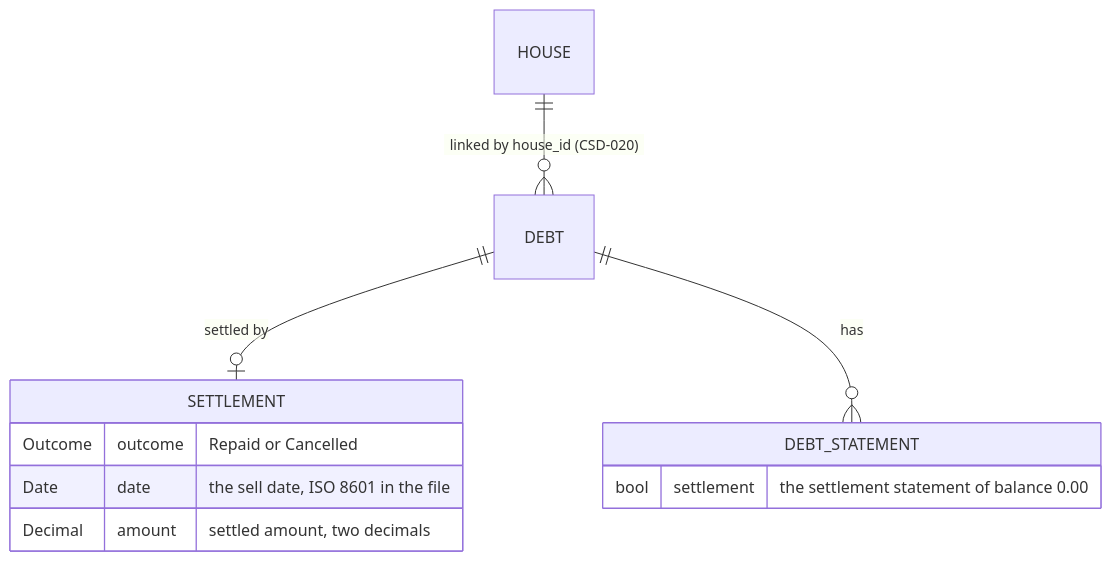
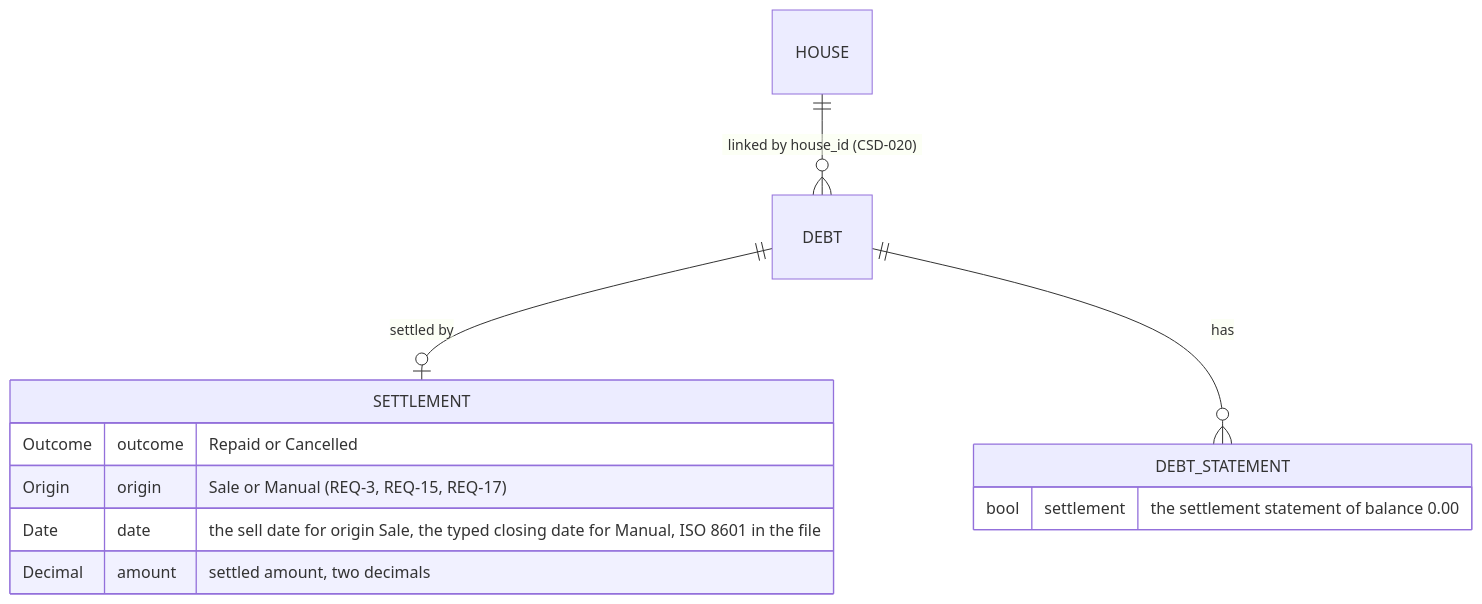
One commit to BardoelT/varde changed the second of 2 diagrams in docs/csd/CSD-026-sale-settlement-of-linked-debts.md. Above: the diagram before and after it, drawn with Mermaid. The commit also changed other lines of this file and 3 other files, not shown here.

````diff
--- a/docs/csd/CSD-026-sale-settlement-of-linked-debts.md
+++ b/docs/csd/CSD-026-sale-settlement-of-linked-debts.md
@@ -447,14 +595,15 @@
 ```mermaid
 erDiagram
     HOUSE ||--o{ DEBT : "linked by house_id (CSD-020)"
     DEBT ||--o| SETTLEMENT : "settled by"
     DEBT ||--o{ DEBT_STATEMENT : has
     SETTLEMENT {
         Outcome outcome "Repaid or Cancelled"
-        Date date "the sell date, ISO 8601 in the file"
+        Origin origin "Sale or Manual (REQ-3, REQ-15, REQ-17)"
+        Date date "the sell date for origin Sale, the typed closing date for Manual, ISO 8601 in the file"
         Decimal amount "settled amount, two decimals"
     }
     DEBT_STATEMENT {
         bool settlement "the settlement statement of balance 0.00"
     }
 ```
````
